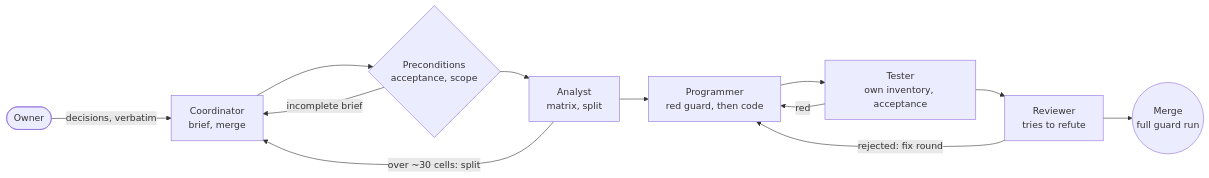
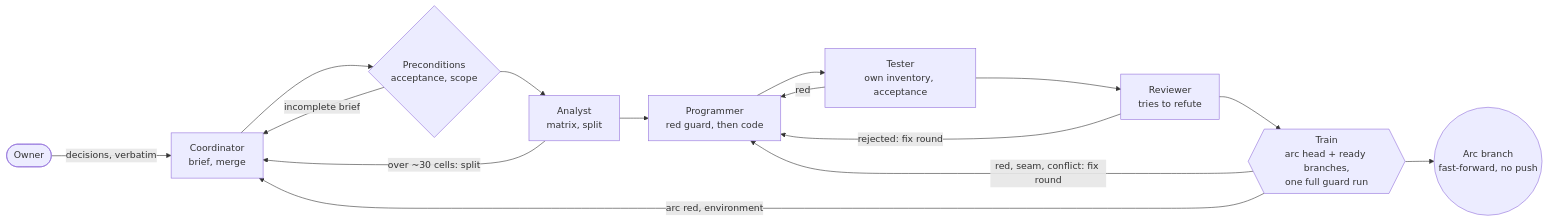
The diagram in README.md (VSAVENKOV88/codis-agents), drawn with Mermaid before and after one commit. The commit also changed other lines of this file, not shown here.

Commit message:
README for 0.4.12: the integration train in the chain diagram, terms (kind, selection, train), the train after the review with its ride verdicts, base in the run example, the seam and one-full-run lessons marked replaced, known gaps (sequential test suite, flat guardBaseline)

````diff
--- a/README.md
+++ b/README.md
@@ -34,14 +37,17 @@
 ```mermaid
 flowchart LR
   owner([Owner]) -->|decisions, verbatim| coord[Coordinator<br/>brief, merge]
   coord --> pre{Preconditions<br/>acceptance, scope}
   pre -->|incomplete brief| coord
   pre --> analyst[Analyst<br/>matrix, split]
   analyst -->|over ~30 cells: split| coord
   analyst --> prog[Programmer<br/>red guard, then code]
   prog --> tester[Tester<br/>own inventory, acceptance]
   tester -->|red| prog
   tester --> reviewer[Reviewer<br/>tries to refute]
   reviewer -->|rejected: fix round| prog
-  reviewer --> merge((Merge<br/>full guard run))
+  reviewer --> train{{Train<br/>arc head + ready branches,<br/>one full guard run}}
+  train -->|red, seam, conflict: fix round| prog
+  train -->|arc red, environment| coord
+  train --> merge((Arc branch<br/>fast-forward, no push))
 ```
````
